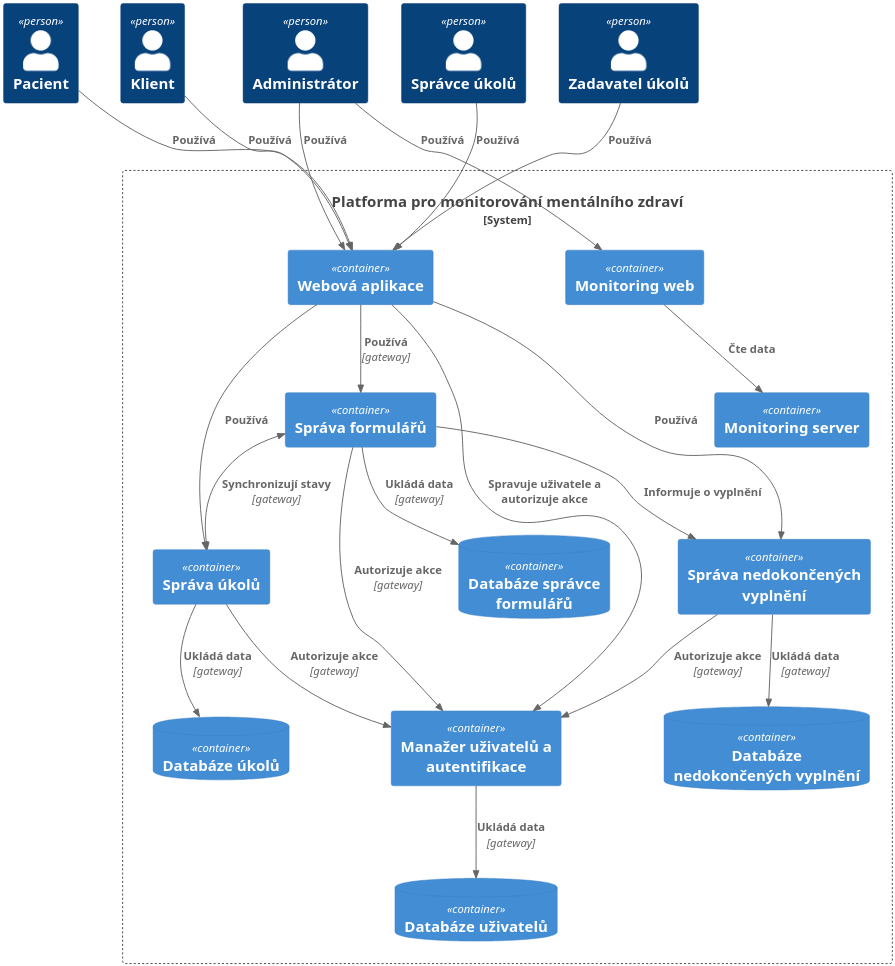
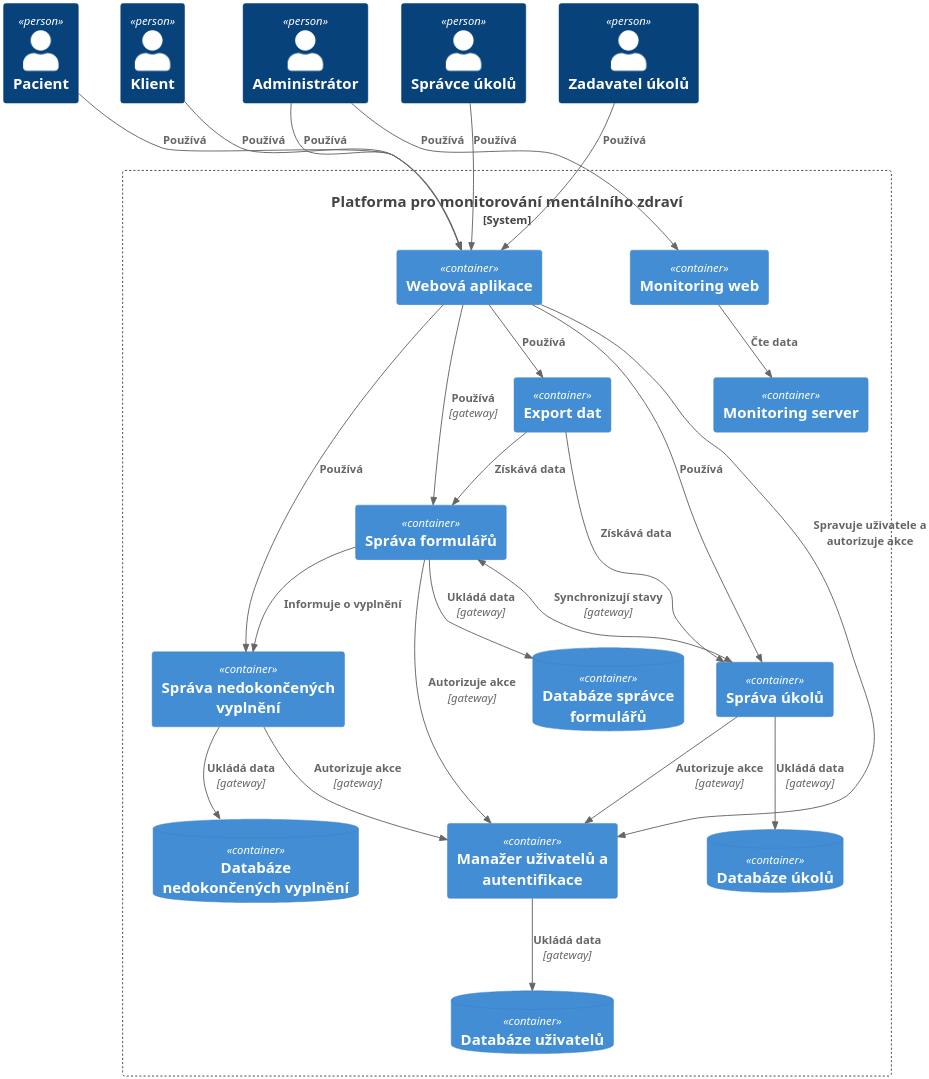
The diagram in src/diagrams/architecture/containers.puml (PatrikTrefil/bakalarska-prace), drawn with PlantUML before and after one commit. The commit also changed 2 other files, not shown here.

Commit message:
update diagrams (export container + fixes)

```diff
--- a/src/diagrams/architecture/containers.puml
+++ b/src/diagrams/architecture/containers.puml
@@ -1,66 +1,70 @@
 @startuml
 skinparam dpi 300
 
 !include ../lib/C4_Container.puml
 
 Person(pacient, "Pacient")
 Person(klient, "Klient")
 Person(admin, "Administrátor")
 Person(spravceUkolu, "Správce úkolů")
 Person(zadavatelUkolu, "Zadavatel úkolů")
 
 System_Boundary(systemBoundary, "Platforma pro monitorování mentálního zdraví") {
     Container(webApp, "Webová aplikace")
     Container(monitoringWeb, "Monitoring web")
     Container(monitoringServer, "Monitoring server")
     Container(manazerUzivatelu, "Manažer uživatelů a autentifikace")
     Container(spravaFormularu, "Správa formulářů")
     Container(spravaNedokoncenychVyplneni, "Správa nedokončených vyplnění")
     Container(spravaUkolu, "Správa úkolů")
+    Container(export, "Export dat")
     ContainerDb(spravaNedokoncenychVyplneniDb, "Databáze nedokončených vyplnění")
     ContainerDb(formulareDb, "Databáze správce formulářů")
     ContainerDb(ukolyDb, "Databáze úkolů")
     ContainerDb(uzivateleDb, "Databáze uživatelů")
 }
 
 Lay_D(pacient, systemBoundary)
 Lay_D(klient, systemBoundary)
 Lay_D(admin, systemBoundary)
 Lay_D(spravceUkolu, systemBoundary)
 Lay_D(zadavatelUkolu, systemBoundary)
 
 Rel_D(pacient, webApp, "Používá")
 Rel_D(klient, webApp, "Používá")
 Rel_D(admin, webApp, "Používá")
 Rel_D(admin, monitoringWeb, "Používá")
 Rel_D(zadavatelUkolu, webApp, "Používá")
 Rel_D(spravceUkolu, webApp, "Používá")
 
+Rel(webApp, export, "Používá")
+Rel(export, spravaFormularu, "Získává data")
+Rel(export, spravaUkolu, "Získává data")
 Rel(webApp, spravaNedokoncenychVyplneni, "Používá")
 Rel(spravaFormularu, spravaNedokoncenychVyplneni, "Informuje o vyplnění")
 Rel(spravaNedokoncenychVyplneni, manazerUzivatelu, "Autorizuje akce", "gateway")
 Rel(spravaUkolu, ukolyDb, "Ukládá data", "gateway")
 Rel(spravaNedokoncenychVyplneni, spravaNedokoncenychVyplneniDb, "Ukládá data", "gateway")
 Rel(webApp, spravaFormularu, "Používá", "gateway")
 Rel(webApp, spravaUkolu, "Používá")
 Rel(webApp, manazerUzivatelu, "Spravuje uživatele a autorizuje akce")
 Rel(spravaFormularu, formulareDb, "Ukládá data", "gateway")
 Rel(spravaFormularu, manazerUzivatelu, "Autorizuje akce", "gateway")
 BiRel(spravaFormularu, spravaUkolu, "Synchronizují stavy", "gateway")
 Rel(spravaUkolu, manazerUzivatelu, "Autorizuje akce", "gateway")
 Rel(manazerUzivatelu, uzivateleDb, "Ukládá data", "gateway")
 
 'Removed to improve readability
 'Rel(monitoringServer, spravaFormularu, "Monitoruje")
 'Rel(monitoringServer, formulareDb, "Monitoruje")
 'Rel(monitoringServer, spravaUkolu, "Monitoruje")
 'Rel(monitoringServer, manazerUzivatelu, "Monitoruje")
 'Rel(monitoringServer, spravaNedokoncenychVyplneni, "Monitoruje")
 'Rel(monitoringServer, spravaNedokoncenychVyplneniDb, "Monitoruje")
 'Rel(monitoringServer, formulareDb, "Monitoruje")
 'Rel(monitoringServer, ukolyDb, "Monitoruje")
 'Rel(monitoringServer, uzivateleDb, "Monitoruje")
 
 Rel(monitoringWeb, monitoringServer, "Čte data")
 
 @enduml
```
